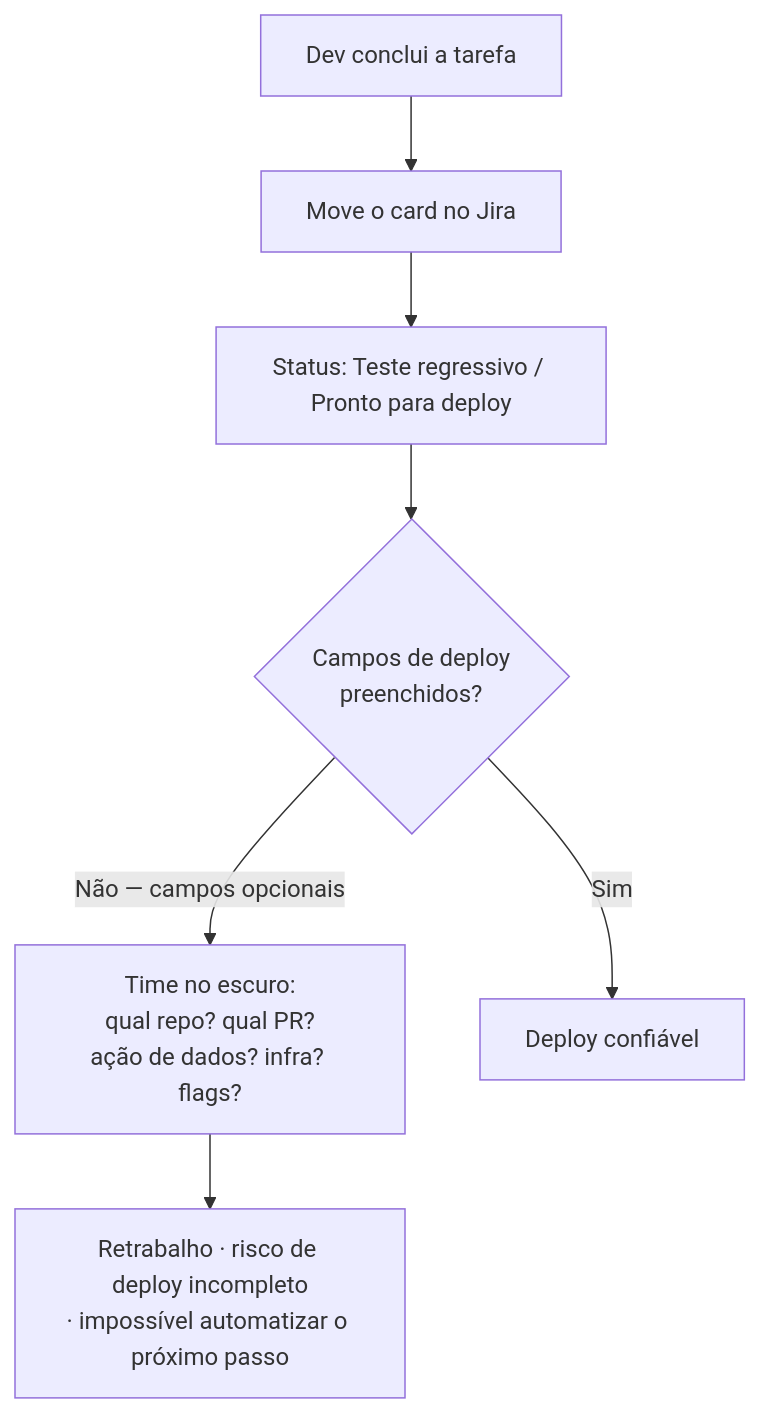
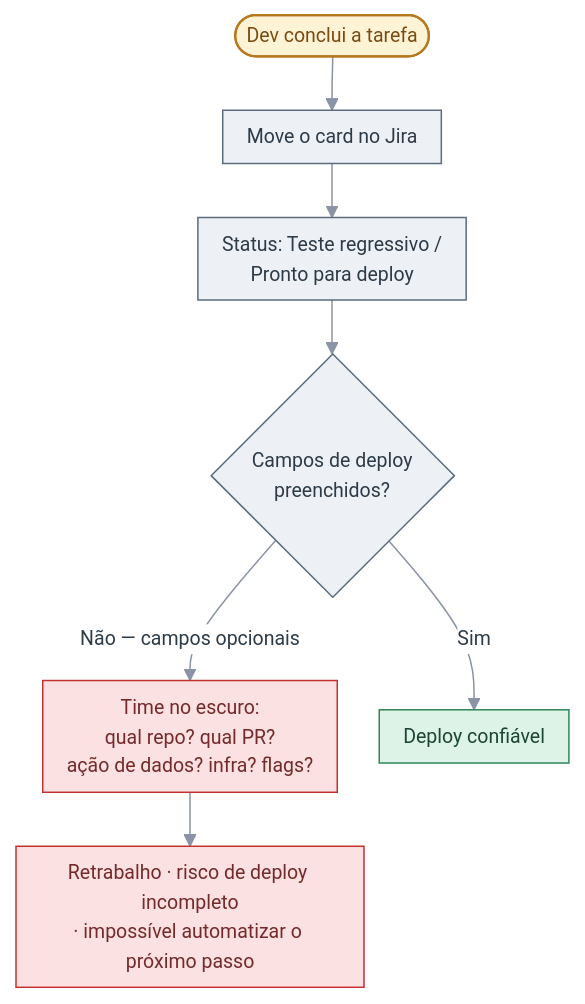
The diagram in docs/diagramas/02-problema.mmd (BertoRcsb/workflow-automation-management), drawn with Mermaid before and after one commit. The commit also changed 57 other files, not shown here.

First line of the commit message:
docs: replace approver name with 'usuário' and restyle all diagrams

```diff
--- a/docs/diagramas/02-problema.mmd
+++ b/docs/diagramas/02-problema.mmd
@@ -1,7 +1,13 @@
+%%{init: {"theme":"base","themeVariables":{"fontFamily":"Segoe UI, Helvetica, Arial, sans-serif","fontSize":"13px","lineColor":"#8A94A6","primaryColor":"#EDF1F5","primaryBorderColor":"#5A6B7B","primaryTextColor":"#2D3B48","clusterBkg":"#FAFBFC","clusterBorder":"#D5DBE3","edgeLabelBackground":"#FFFFFF"},"flowchart":{"curve":"basis","nodeSpacing":28,"rankSpacing":36,"padding":8}}}%%
 flowchart TD
-    D["Dev conclui a tarefa"] --> M["Move o card no Jira"]
-    M --> St["Status: Teste regressivo / Pronto para deploy"]
-    St --> V{"Campos de deploy<br>preenchidos?"}
-    V -->|"Não — campos opcionais"| X["Time no escuro:<br>qual repo? qual PR?<br>ação de dados? infra? flags?"]
-    X --> R["Retrabalho · risco de deploy incompleto<br>· impossível automatizar o próximo passo"]
-    V -->|Sim| OK["Deploy confiável"]
+    D(["Dev conclui a tarefa"]):::humano --> M["Move o card no Jira"]:::io
+    M --> St["Status: Teste regressivo /<br>Pronto para deploy"]:::io
+    St --> V{"Campos de deploy<br>preenchidos?"}:::io
+    V -->|"Não — campos opcionais"| X["Time no escuro:<br>qual repo? qual PR?<br>ação de dados? infra? flags?"]:::alerta
+    X --> R["Retrabalho · risco de deploy incompleto<br>· impossível automatizar o próximo passo"]:::alerta
+    V -->|Sim| OK["Deploy confiável"]:::det
+    classDef humano fill:#FFF3D6,stroke:#B7791F,color:#7B4B12,stroke-width:1.5px
+    classDef llm fill:#E8ECFB,stroke:#4C5FD5,color:#2A3577
+    classDef det fill:#DDF3E7,stroke:#2F855A,color:#1C4532
+    classDef io fill:#EDF1F5,stroke:#5A6B7B,color:#2D3B48
+    classDef alerta fill:#FBE1E1,stroke:#C53030,color:#742A2A
```
